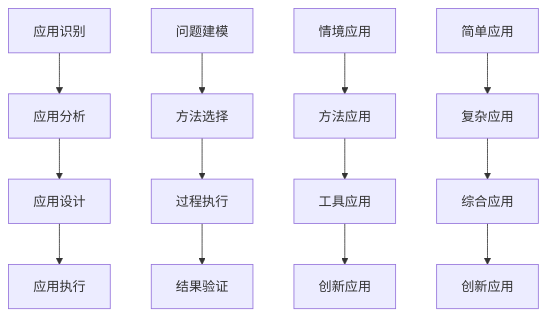
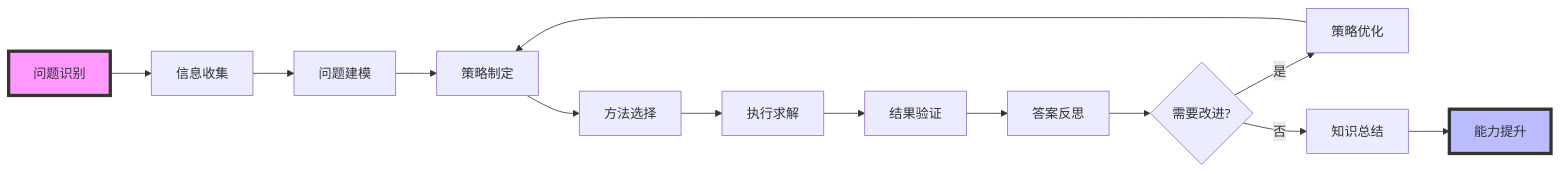
One commit to AdaMartin18010/SeniorMath changed the fifth of 10 diagrams in mindmaps/flow-charts/数学思维流程图.md. Above: the diagram before and after it, drawn with Mermaid. The commit also changed other lines of this file and 36 other files, not shown here.

````diff
--- a/mindmaps/flow-charts/数学思维流程图.md
+++ b/mindmaps/flow-charts/数学思维流程图.md
@@ -187,18 +171,20 @@
 ```mermaid
-graph TD
-    E1[应用识别] --> E2[应用分析]
-    E2 --> E3[应用设计]
-    E3 --> E4[应用执行]
+graph LR
+    A[问题识别] --> B[信息收集]
+    B --> C[问题建模]
+    C --> D[策略制定]
+    D --> E[方法选择]
+    E --> F[执行求解]
+    F --> G[结果验证]
+    G --> H[答案反思]
     
-    F1[问题建模] --> F2[方法选择]
-    F2 --> F3[过程执行]
-    F3 --> F4[结果验证]
+    H --> I{需要改进?}
+    I -->|是| J[策略优化]
+    I -->|否| K[知识总结]
     
-    G1[情境应用] --> G2[方法应用]
-    G2 --> G3[工具应用]
-    G3 --> G4[创新应用]
+    J --> D
+    K --> L[能力提升]
     
-    H1[简单应用] --> H2[复杂应用]
-    H2 --> H3[综合应用]
-    H3 --> H4[创新应用]
+    style A fill:#f9f,stroke:#333,stroke-width:4px
+    style L fill:#bbf,stroke:#333,stroke-width:4px
 ```
````
